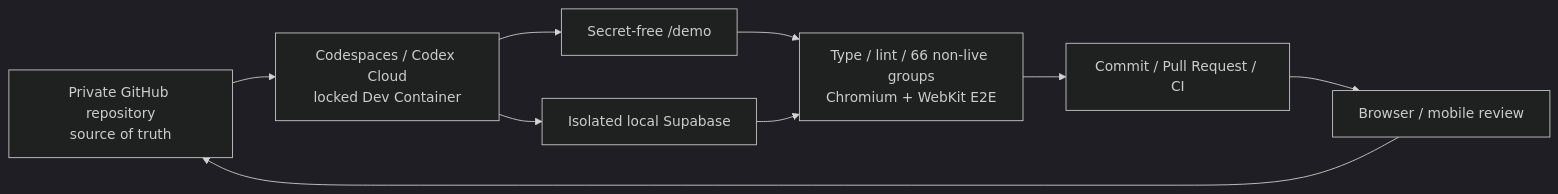
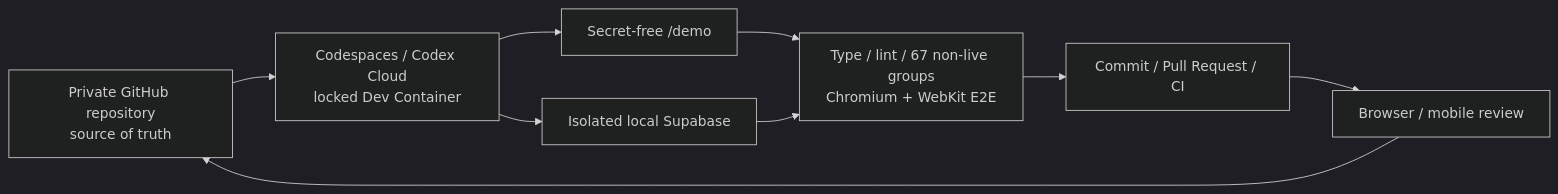
Before and after one commit to genellect/compass-interactive: the first of 2 diagrams in README.md, drawn with Mermaid (dark theme). The commit also changed other lines of this file and 40 other files, not shown here.

````diff
--- a/README.md
+++ b/README.md
@@ -109,11 +109,11 @@
 ```mermaid
 flowchart LR
     GitHub["Private GitHub repository\nsource of truth"] --> Workspace["Codespaces / Codex Cloud\nlocked Dev Container"]
     Workspace --> Demo["Secret-free /demo"]
     Workspace --> Local["Isolated local Supabase"]
-    Demo --> Gate["Type / lint / 66 non-live groups\nChromium + WebKit E2E"]
+    Demo --> Gate["Type / lint / 67 non-live groups\nChromium + WebKit E2E"]
     Local --> Gate
     Gate --> PR["Commit / Pull Request / CI"]
     PR --> Review["Browser / mobile review"]
     Review --> GitHub
 ```
````
